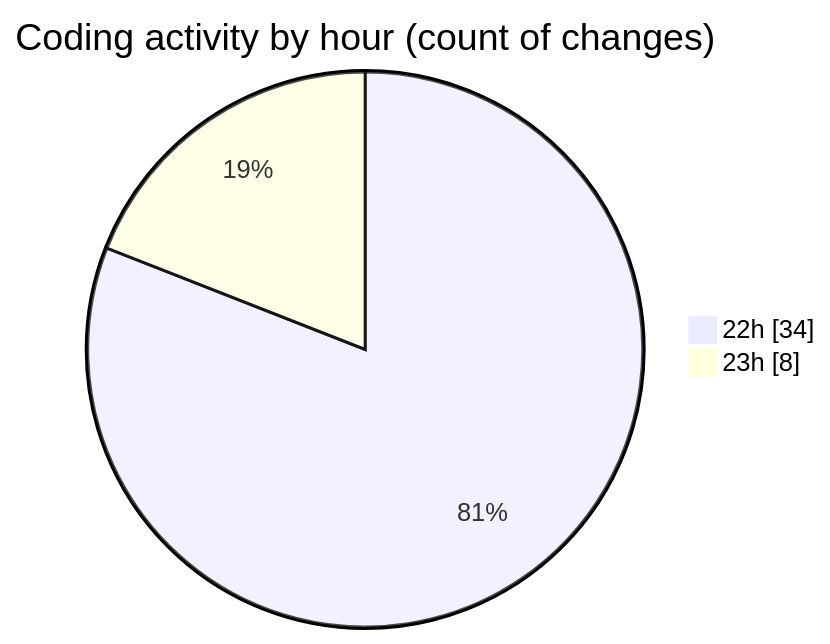
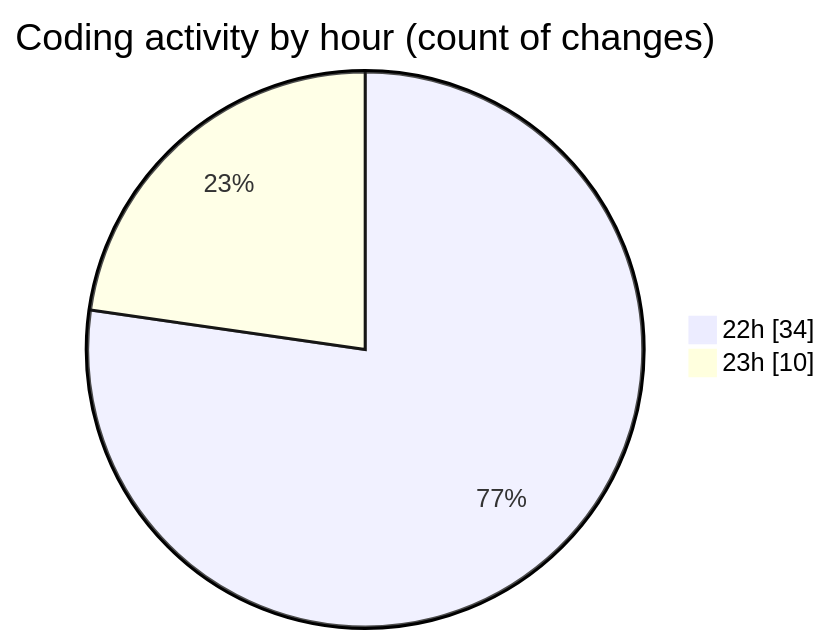
The second of 2 diagrams in 2025-07-14/nhahang/README.md (lephambinh05/code-tracking), drawn with Mermaid before and after one commit. The commit also changed other lines of this file and 1 other file, not shown here.

````diff
--- a/2025-07-14/nhahang/README.md
+++ b/2025-07-14/nhahang/README.md
@@ -48,6 +49,6 @@
 ```mermaid
 pie showData
 title Coding activity by hour (count of changes)
 "22h" : 34
-"23h" : 8
+"23h" : 10
 ```
````
